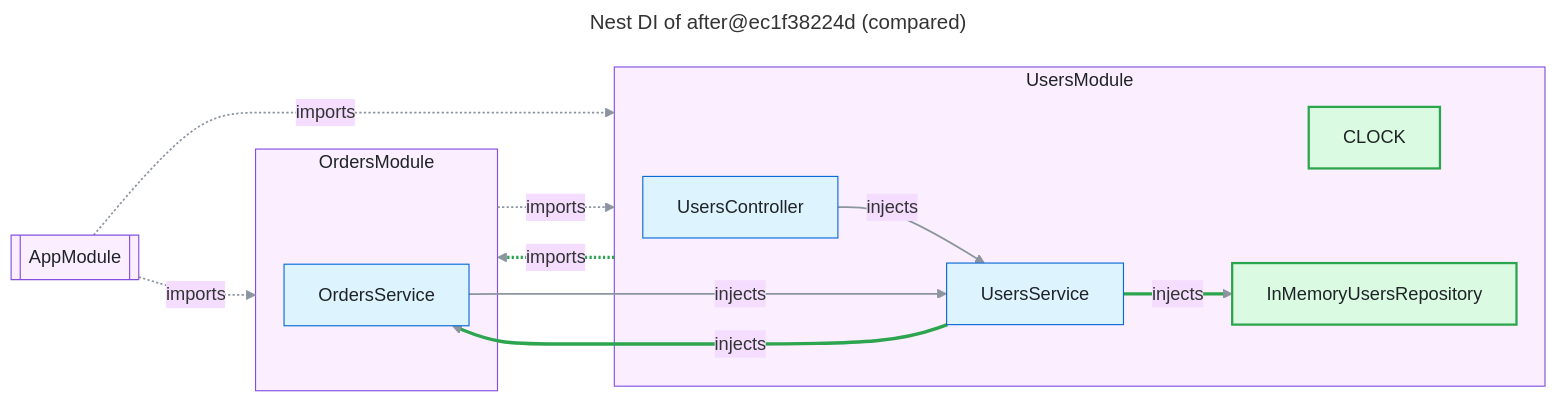
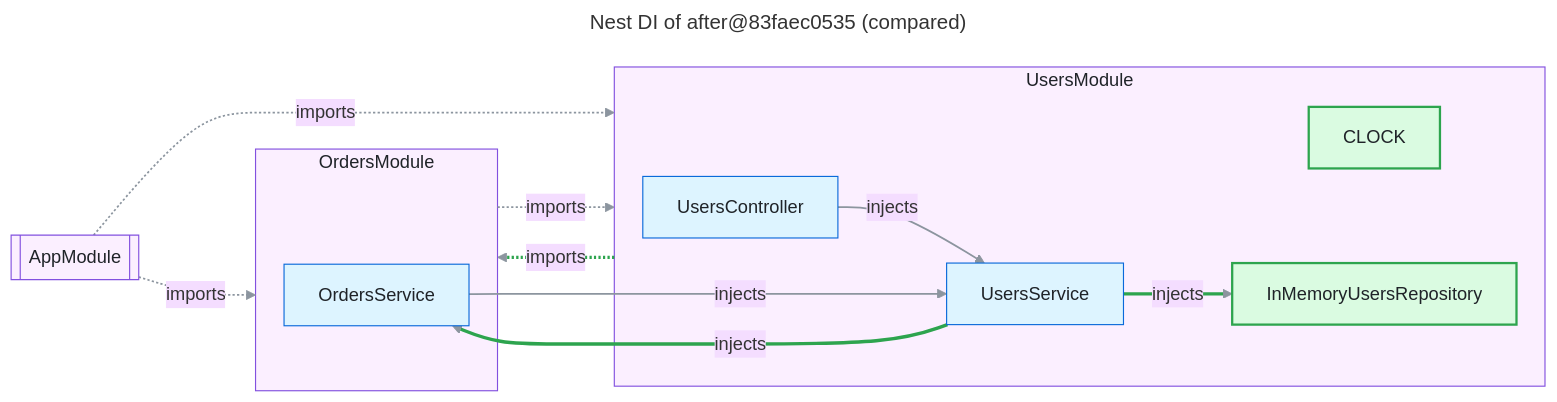
Before and after one commit to FullFran/archsieve: the diagram in examples/nest-shop/nest-compare.mmd, drawn with Mermaid (base theme). The commit also changed 28 other files, not shown here.

```diff
--- a/examples/nest-shop/nest-compare.mmd
+++ b/examples/nest-shop/nest-compare.mmd
@@ -1,38 +1,38 @@
 ---
-title: "Nest DI of after@ec1f38224d (compared)"
+title: "Nest DI of after@83faec0535 (compared)"
 ---
 flowchart LR
   n1[["AppModule"]]:::module
   subgraph n2["OrdersModule"]
     n4["OrdersService"]:::code
   end
   style n2 fill:#fbefff,stroke:#8250df,color:#1f2328
   subgraph n3["UsersModule"]
     n0["UsersController"]:::code
     n5["CLOCK"]:::added
     n6["InMemoryUsersRepository"]:::added
     n7["UsersService"]:::code
   end
   style n3 fill:#fbefff,stroke:#8250df,color:#1f2328
   n0 -->|"injects"| n7
   n1 -.->|"imports"| n2
   n1 -.->|"imports"| n3
   n2 -.->|"imports"| n3
   n3 -.->|"imports"| n2
   n4 -->|"injects"| n7
   n7 -->|"injects"| n4
   n7 -->|"injects"| n6
   linkStyle default stroke:#8c959f,stroke-width:1.5px
   linkStyle 4 stroke:#2da44e,stroke-width:3px
   linkStyle 6 stroke:#2da44e,stroke-width:3px
   linkStyle 7 stroke:#2da44e,stroke-width:3px
   classDef code fill:#ddf4ff,stroke:#0969da,color:#1f2328
   classDef external fill:#fff8c5,stroke:#9a6700,color:#1f2328
   classDef module fill:#fbefff,stroke:#8250df,color:#1f2328
   classDef added fill:#dafbe1,stroke:#2da44e,stroke-width:2px,color:#1f2328
   classDef removed fill:#ffebe9,stroke:#cf222e,stroke-dasharray:4 3,color:#1f2328
   classDef boundary fill:#f6f8fa,stroke:#57606a,stroke-dasharray:6 4,color:#1f2328
   classDef container fill:#ddf4ff,stroke:#0969da,stroke-width:2px,color:#1f2328
   classDef unverified fill:#ffffff,stroke:#0969da,stroke-width:2px,stroke-dasharray:5 3,color:#1f2328
   classDef undeclared fill:#fff1e5,stroke:#bc4c00,stroke-width:2px,color:#1f2328
   classDef focus fill:#ddf4ff,stroke:#0969da,stroke-width:4px,color:#1f2328
```
